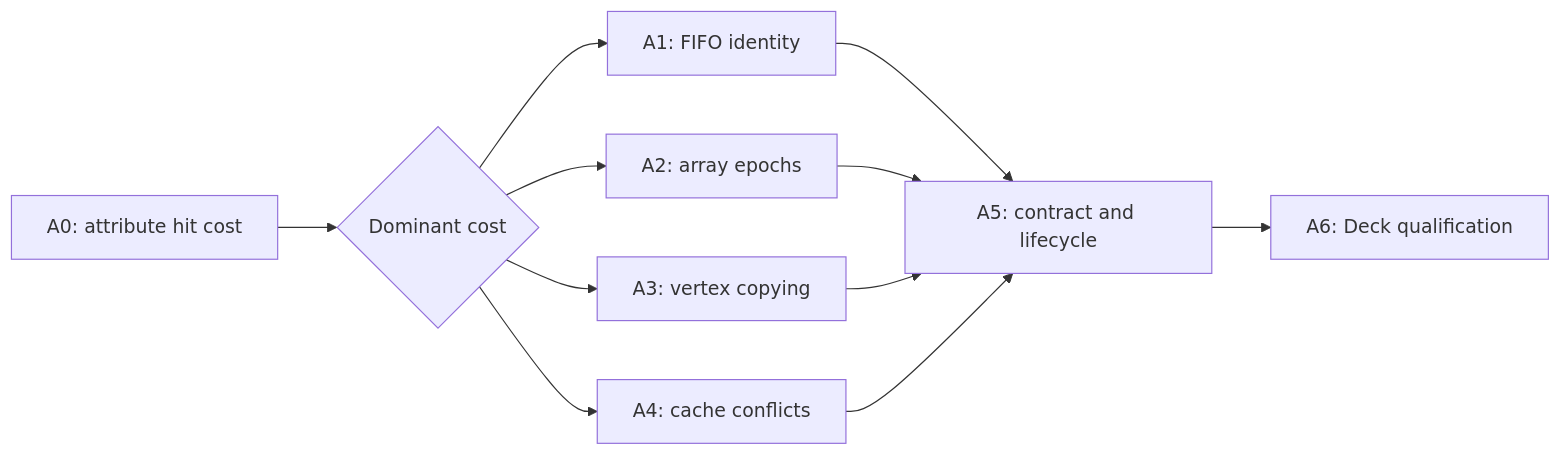
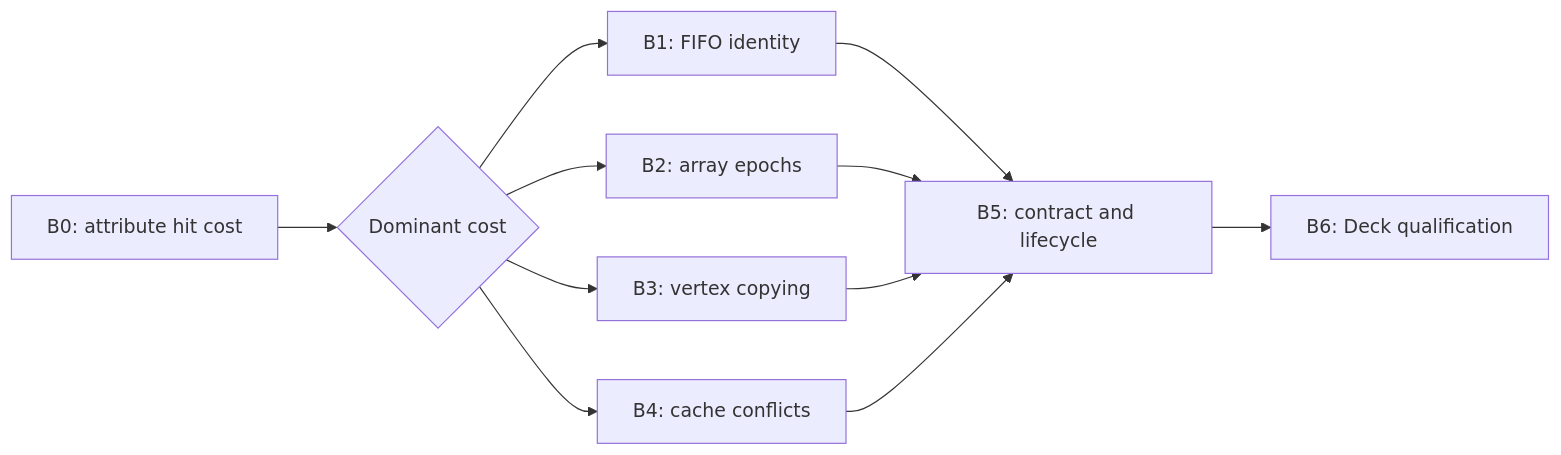
Before and after one commit to irregularthanis/bluewake: the second of 2 diagrams in docs/planning/2026-10-25-gx_display_list_optimization/TECH_PLAN.md, drawn with Mermaid. The commit also changed other lines of this file and 1 other file, not shown here.

Commit message:
docs: identify hit-path plan as M2-B follow-up

````diff
--- a/docs/planning/2026-10-25-gx_display_list_optimization/TECH_PLAN.md
+++ b/docs/planning/2026-10-25-gx_display_list_optimization/TECH_PLAN.md
@@ -153,22 +153,22 @@
 ```mermaid
 flowchart LR
-    A0["A0: attribute hit cost"]
+    B0["B0: attribute hit cost"]
     Pick{"Dominant cost"}
-    A1["A1: FIFO identity"]
-    A2["A2: array epochs"]
-    A3["A3: vertex copying"]
-    A4["A4: cache conflicts"]
-    A5["A5: contract and lifecycle"]
-    A6["A6: Deck qualification"]
+    B1["B1: FIFO identity"]
+    B2["B2: array epochs"]
+    B3["B3: vertex copying"]
+    B4["B4: cache conflicts"]
+    B5["B5: contract and lifecycle"]
+    B6["B6: Deck qualification"]
 
-    A0 --> Pick
-    Pick --> A1
-    Pick --> A2
-    Pick --> A3
-    Pick --> A4
-    A1 --> A5
-    A2 --> A5
-    A3 --> A5
-    A4 --> A5
-    A5 --> A6
+    B0 --> Pick
+    Pick --> B1
+    Pick --> B2
+    Pick --> B3
+    Pick --> B4
+    B1 --> B5
+    B2 --> B5
+    B3 --> B5
+    B4 --> B5
+    B5 --> B6
 ```
````
